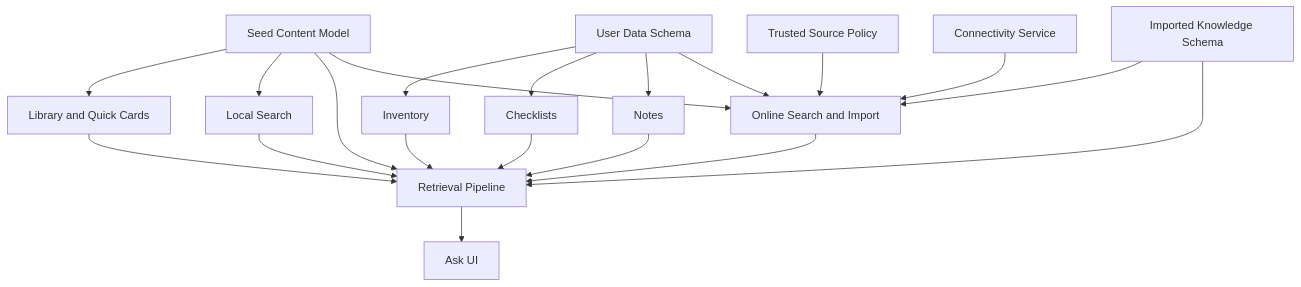
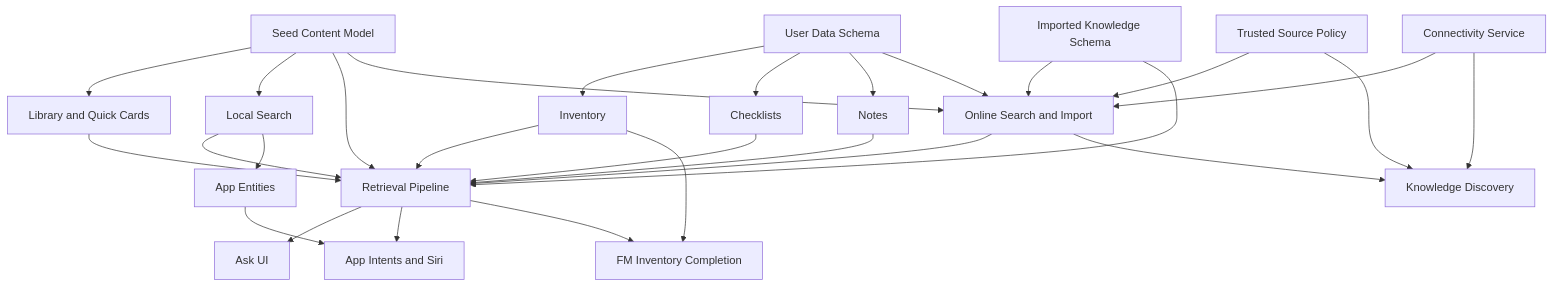
The diagram in docs/sdlc/03-mvp-scope-roadmap.md (Org-EthereaLogic/OSA), drawn with Mermaid before and after one commit. The commit also changed other lines of this file and 5 other files, not shown here.

First line of the commit message:
docs(sync): M4P6 completion, Milestone 6 roadmap, and doc drift

````diff
--- a/docs/sdlc/03-mvp-scope-roadmap.md
+++ b/docs/sdlc/03-mvp-scope-roadmap.md
@@ -152,22 +171,30 @@
 ```mermaid
 flowchart TD
     A[Seed Content Model] --> B[Library and Quick Cards]
     A --> C[Local Search]
     A --> D[Retrieval Pipeline]
     E[User Data Schema] --> F[Inventory]
     E --> G[Checklists]
     E --> H[Notes]
     C --> D
     B --> D
     F --> D
     G --> D
     H --> D
     D --> I[Ask UI]
     J[Trusted Source Policy] --> K[Online Search and Import]
     E --> K
     A --> K
     K --> D
     L[Connectivity Service] --> K
     M[Imported Knowledge Schema] --> K
     M --> D
+    D --> N[App Intents and Siri]
+    C --> O[App Entities]
+    O --> N
+    D --> P[FM Inventory Completion]
+    F --> P
+    K --> Q[Knowledge Discovery]
+    L --> Q
+    J --> Q
 ```
````
